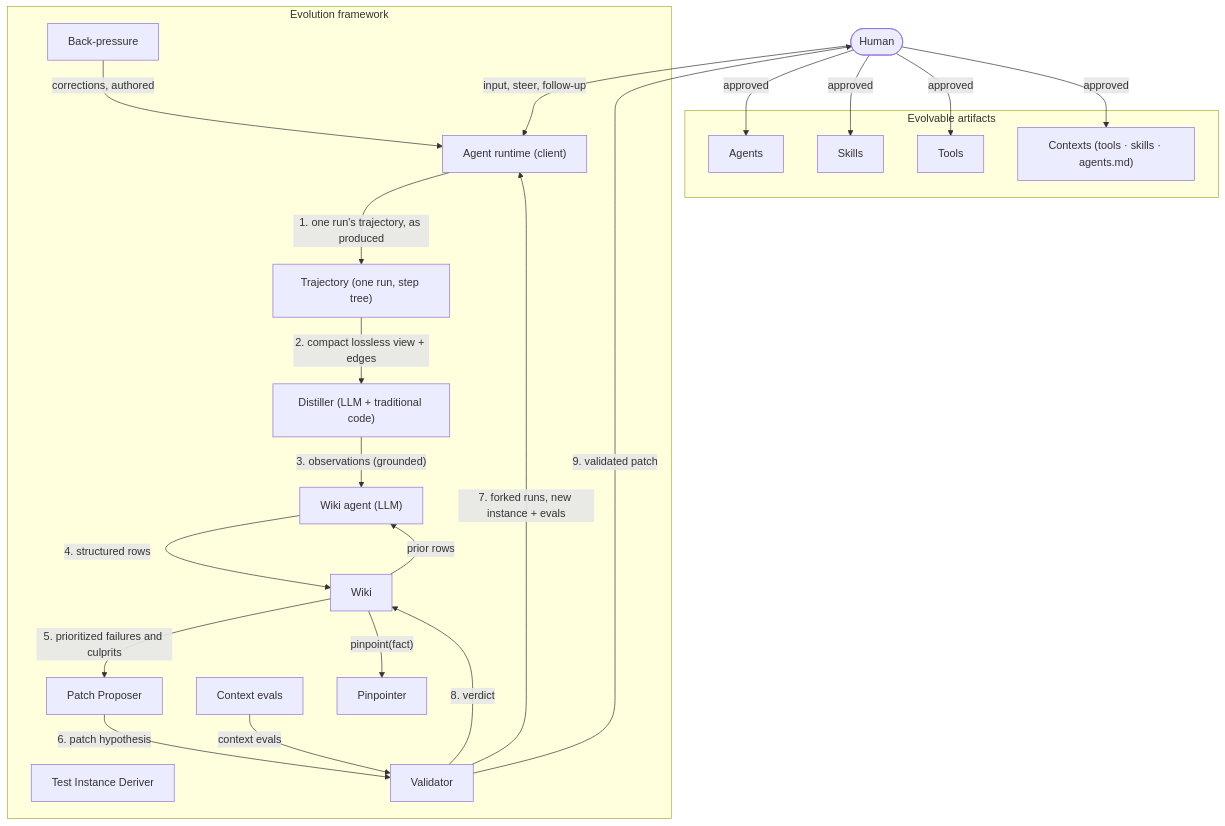
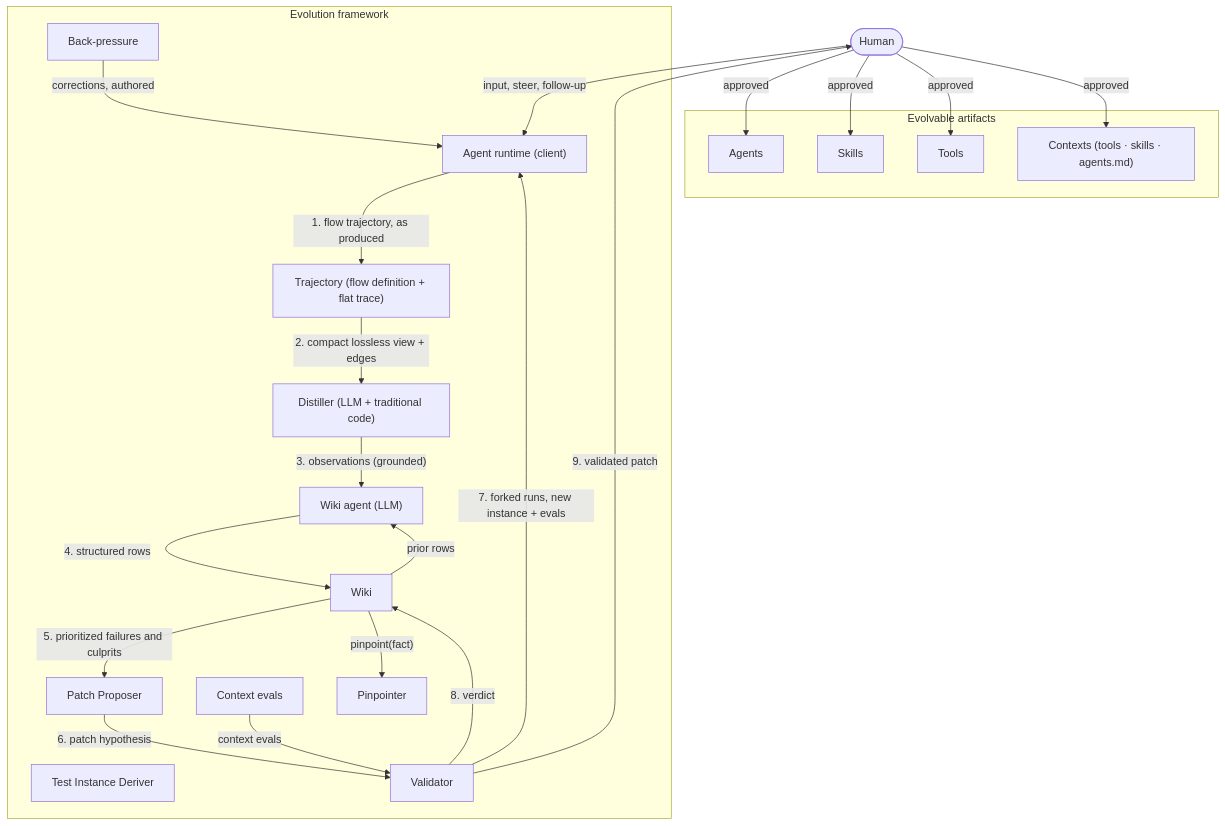
Before and after one commit to Ajaya1000/llmx: the second of 5 diagrams in docs/architecture/evolution-framework.md, drawn with Mermaid. The commit also changed other lines of this file and 7 other files, not shown here.

````diff
--- a/docs/architecture/evolution-framework.md
+++ b/docs/architecture/evolution-framework.md
@@ -64,40 +64,40 @@
 ```mermaid
 flowchart TB
     H(["Human"]) -->|"input, steer, follow-up"| RT
 
     subgraph core["Evolution framework"]
         RT["Agent runtime (client)"]
-        TR["Trajectory (one run, step tree)"]
+        TR["Trajectory (flow definition + flat trace)"]
         D["Distiller (LLM + traditional code)"]
         WA["Wiki agent (LLM)"]
         W["Wiki"]
         P["Pinpointer"]
         BP["Back-pressure"]
         ED["Test Instance Deriver"]
         ES["Context evals"]
         PP["Patch Proposer"]
         V["Validator"]
     end
 
     subgraph artifacts["Evolvable artifacts"]
         AG["Agents"]
         SK["Skills"]
         TL["Tools"]
         CX["Contexts (tools · skills · agents.md)"]
     end
 
-    RT -->|"1. one run's trajectory, as produced"| TR
+    RT -->|"1. flow trajectory, as produced"| TR
     TR -->|"2. compact lossless view + edges"| D
     D -->|"3. observations (grounded)"| WA
     W -->|"prior rows"| WA
     WA -->|"4. structured rows"| W
     BP -->|"corrections, authored"| RT
     W -->|"5. prioritized failures and culprits"| PP
     W -->|"pinpoint(fact)"| P
     PP -->|"6. patch hypothesis"| V
     ES -->|"context evals"| V
     V -->|"7. forked runs, new instance + evals"| RT
     V -->|"8. verdict"| W
     V -->|"9. validated patch"| H
     H -->|"approved"| AG & SK & TL & CX
 ```
````
